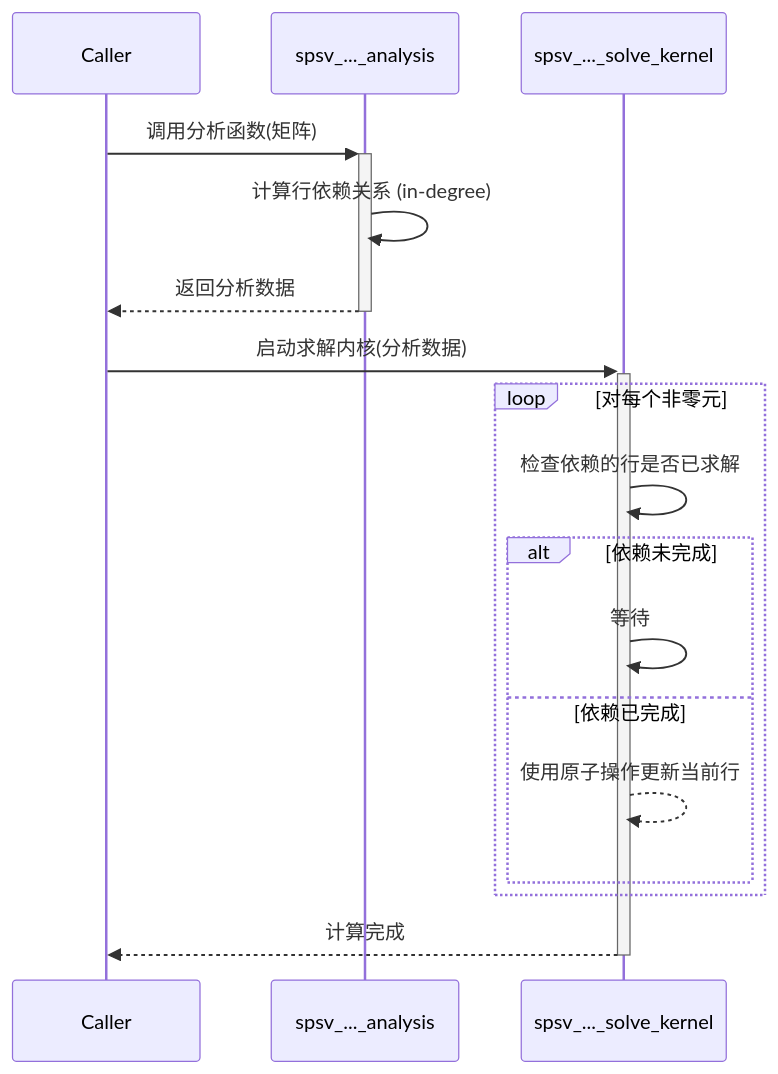
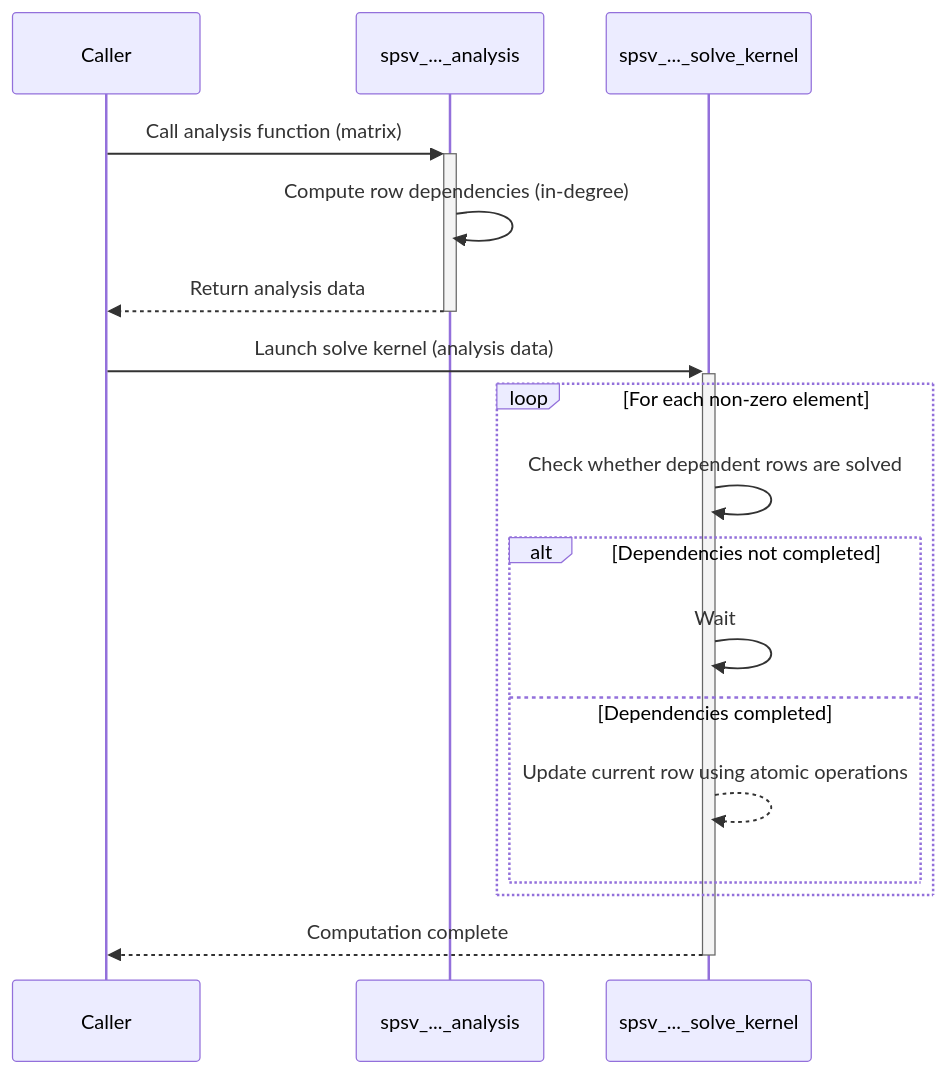
One commit to QiWu-NCIC/QiWu-KernelPerf changed diagram 15 of 21 in KernelPerf/submissions/spmv/alphasparse/upstream/AlphasparseWiki .md. Above: the diagram before and after it, drawn with Mermaid. The commit also changed other lines of this file and 310 other files, not shown here.

````diff
--- a/KernelPerf/submissions/spmv/alphasparse/upstream/AlphasparseWiki .md
+++ b/KernelPerf/submissions/spmv/alphasparse/upstream/AlphasparseWiki .md
@@ -1372,20 +1371,20 @@
 ```mermaid
 sequenceDiagram
     participant C as Caller
     participant A as spsv_..._analysis
     participant S as spsv_..._solve_kernel
 
-    C->>+A: 调用分析函数(矩阵)
-    A->>A: 计算行依赖关系 (in-degree)
-    A-->>-C: 返回分析数据
-    C->>+S: 启动求解内核(分析数据)
-    loop 对每个非零元
-        S->>S: 检查依赖的行是否已求解
-        alt 依赖未完成
-            S->>S: 等待
-        else 依赖已完成
-            S-->>S: 使用原子操作更新当前行
+    C->>+A: Call analysis function (matrix)
+    A->>A: Compute row dependencies (in-degree)
+    A-->>-C: Return analysis data
+    C->>+S: Launch solve kernel (analysis data)
+    loop For each non-zero element
+        S->>S: Check whether dependent rows are solved
+        alt Dependencies not completed
+            S->>S: Wait
+        else Dependencies completed
+            S-->>S: Update current row using atomic operations
         end
     end
-    S-->>-C: 计算完成
+    S-->>-C: Computation complete
 ```
````
